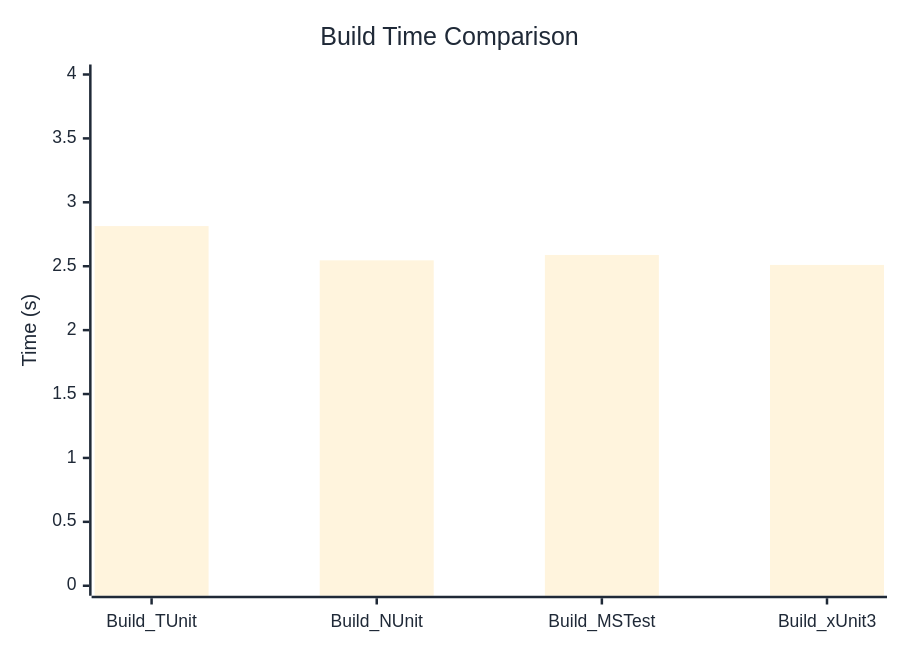
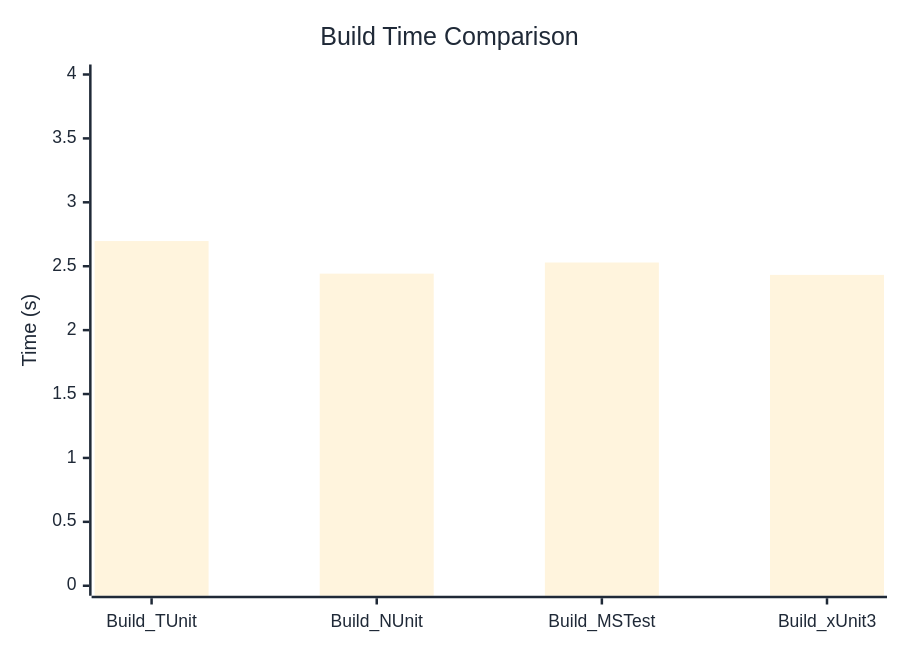
One commit to thomhurst/TUnit changed the diagram in docs/docs/benchmarks/BuildTime.md. Above: the diagram before and after it, drawn with Mermaid. The commit also changed other lines of this file and 17 other files, not shown here.

````diff
--- a/docs/docs/benchmarks/BuildTime.md
+++ b/docs/docs/benchmarks/BuildTime.md
@@ -28,37 +28,37 @@
 ```mermaid
 %%{init: {
   'theme':'base',
   'themeVariables': {
     'primaryColor': '#2563eb',
     'primaryTextColor': '#1f2937',
     'primaryBorderColor': '#1e40af',
     'lineColor': '#6b7280',
     'secondaryColor': '#7c3aed',
     'tertiaryColor': '#dc2626',
     'background': '#ffffff',
     'mainBkg': '#2563eb',
     'secondBkg': '#7c3aed',
     'tertiaryBkg': '#dc2626',
     'clusterBkg': '#f3f4f6',
     'edgeLabelBackground': '#ffffff',
     'tertiaryTextColor': '#1f2937',
     'pie1': '#2563eb',
     'pie2': '#7c3aed',
     'pie3': '#dc2626',
     'pie4': '#f59e0b',
     'pie5': '#10b981',
     'pie6': '#06b6d4',
     'pie7': '#ec4899',
     'pie8': '#6366f1',
     'pie9': '#84cc16',
     'pie10': '#f97316',
     'pie11': '#14b8a6',
     'pie12': '#a855f7'
   }
 }}%%
 xychart-beta
   title "Build Time Comparison"
   x-axis ["Build_TUnit", "Build_NUnit", "Build_MSTest", "Build_xUnit3"]
   y-axis "Time (s)" 0 --> 4
-  bar [2.814, 2.546, 2.588, 2.51]
+  bar [2.697, 2.442, 2.529, 2.432]
 ```
````
